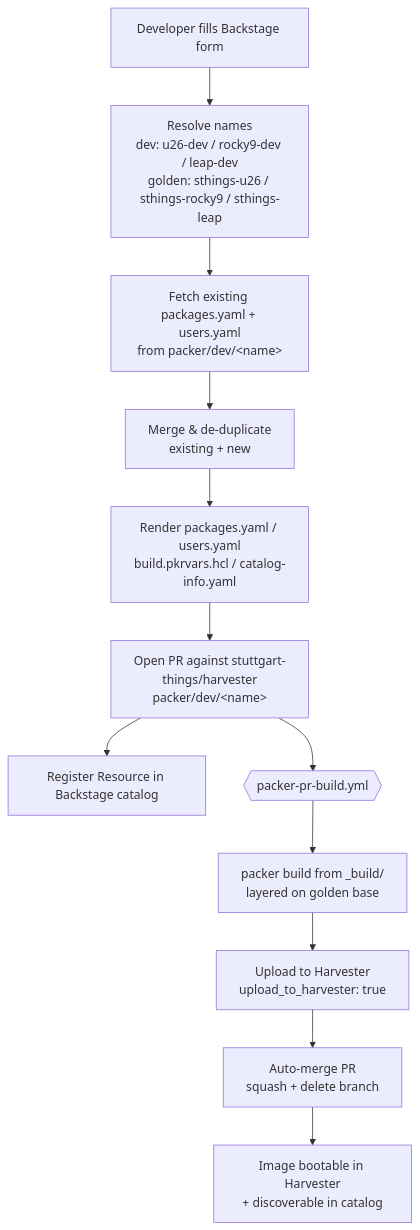
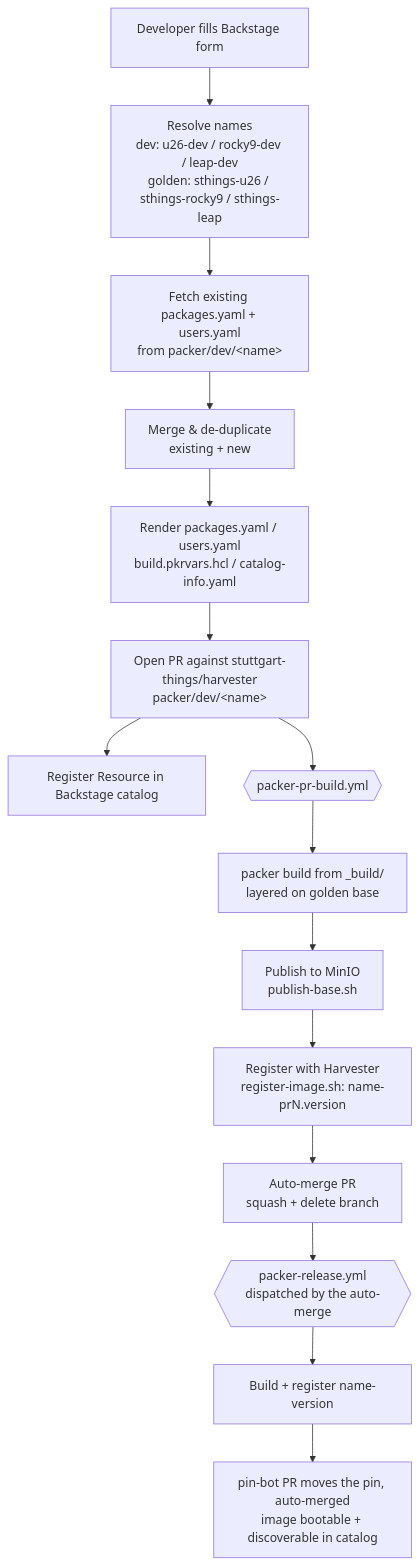
The diagram in templates/harvester-packer-devimage/README.md (stuttgart-things/backstage-resources), drawn with Mermaid before and after one commit. The commit also changed other lines of this file and 5 other files, not shown here.

First line of the commit message:
fix(harvester-packer): keep the golden checksum, stop leaking merge inputs, describe publish + register (#57)

````diff
--- a/templates/harvester-packer-devimage/README.md
+++ b/templates/harvester-packer-devimage/README.md
@@ -20,14 +30,17 @@
 ```mermaid
 flowchart TD
     A[Developer fills Backstage form] --> B[Resolve names<br/>dev: u26-dev / rocky9-dev / leap-dev<br/>golden: sthings-u26 / sthings-rocky9 / sthings-leap]
     B --> C[Fetch existing packages.yaml + users.yaml<br/>from packer/dev/&lt;name&gt;]
     C --> D[Merge & de-duplicate<br/>existing + new]
     D --> E[Render packages.yaml / users.yaml<br/>build.pkrvars.hcl / catalog-info.yaml]
     E --> F[Open PR against stuttgart-things/harvester<br/>packer/dev/&lt;name&gt;]
     F --> G[Register Resource in Backstage catalog]
     F --> H{{packer-pr-build.yml}}
     H --> I[packer build from _build/<br/>layered on golden base]
-    I --> J[Upload to Harvester<br/>upload_to_harvester: true]
-    J --> K[Auto-merge PR<br/>squash + delete branch]
-    K --> L[Image bootable in Harvester<br/>+ discoverable in catalog]
+    I --> J[Publish to MinIO<br/>publish-base.sh]
+    J --> J2[Register with Harvester<br/>register-image.sh: name-prN.version]
+    J2 --> K[Auto-merge PR<br/>squash + delete branch]
+    K --> M{{packer-release.yml<br/>dispatched by the auto-merge}}
+    M --> N[Build + register name-version]
+    N --> L[pin-bot PR moves the pin, auto-merged<br/>image bootable + discoverable in catalog]
 ```
````
